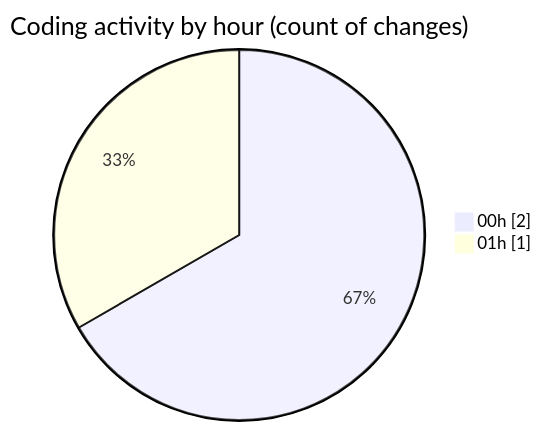
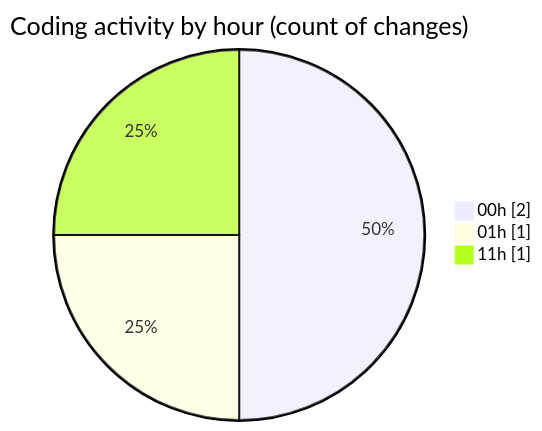
One commit to EIIisD/code-tracking changed the second of 2 diagrams in 2025-08-07/fish/README.md. Above: the diagram before and after it, drawn with Mermaid. The commit also changed other lines of this file and 1 other file, not shown here.

````diff
--- a/2025-08-07/fish/README.md
+++ b/2025-08-07/fish/README.md
@@ -28,6 +28,7 @@
 ```mermaid
 pie showData
 title Coding activity by hour (count of changes)
 "00h" : 2
 "01h" : 1
+"11h" : 1
 ```
````
